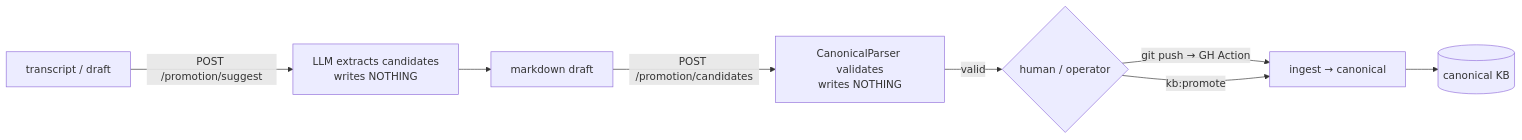
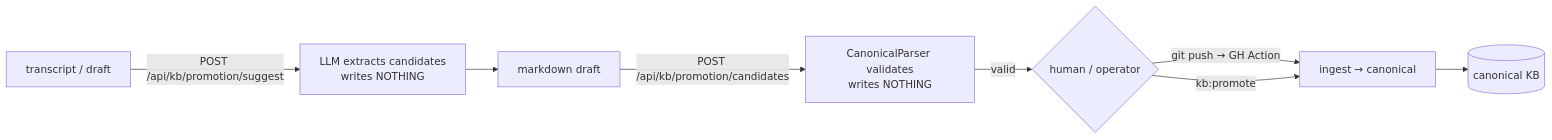
One commit to lopadova/AskMyDocs changed the diagram in docs-site/canonical-and-promotion.mdx. Above: the diagram before and after it, drawn with Mermaid. The commit also changed other lines of this file and 1 other file, not shown here.

First line of the commit message:
docs(docs-site): address Copilot — canonical type/status enums + reranker weights + route prefix

````diff
--- a/docs-site/canonical-and-promotion.mdx
+++ b/docs-site/canonical-and-promotion.mdx
@@ -28,10 +30,10 @@
 ```mermaid
 flowchart LR
-    T[transcript / draft] -->|POST /promotion/suggest| SUG["LLM extracts candidates<br/>writes NOTHING"]
+    T[transcript / draft] -->|POST /api/kb/promotion/suggest| SUG["LLM extracts candidates<br/>writes NOTHING"]
     SUG --> D[markdown draft]
-    D -->|POST /promotion/candidates| VAL["CanonicalParser validates<br/>writes NOTHING"]
+    D -->|POST /api/kb/promotion/candidates| VAL["CanonicalParser validates<br/>writes NOTHING"]
     VAL -->|valid| H{human / operator}
     H -->|git push → GH Action| ING[ingest → canonical]
     H -->|kb:promote| ING
     ING --> KB[(canonical KB)]
 ```
````
